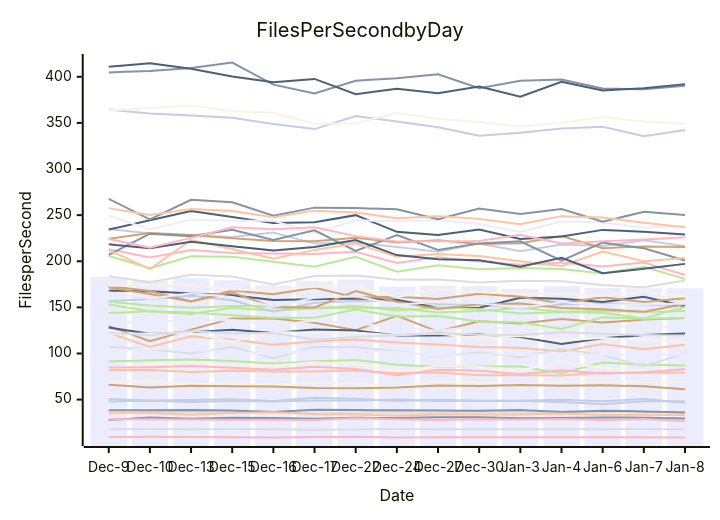
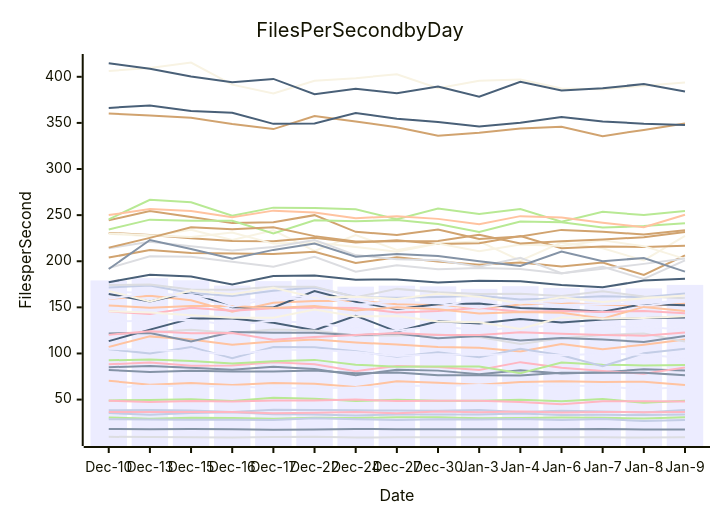
One commit to streetsidesoftware/cspell changed the diagram in perf-report.md. Above: the diagram before and after it, drawn with Mermaid. The commit also changed other lines of this file and 1 other file, not shown here.

````diff
--- a/perf-report.md
+++ b/perf-report.md
@@ -10,57 +10,57 @@
 ```mermaid
 xychart-beta
     title Files Per Second by Day
     y-axis Files per Second
-    x-axis Date [Dec-9, Dec-10, Dec-13, Dec-15, Dec-16, Dec-17, Dec-22, Dec-24, Dec-27, Dec-30, Jan-3, Jan-4, Jan-6, Jan-7, Jan-8]
-    bar [182.95, 179.19, 181.65, 179.36, 173.64, 178.43, 180.09, 172.48, 173.54, 172.79, 170.07, 172.98, 171.06, 170.63, 170.60]
-    line [27.90, 30.55, 29.22, 30.21, 30.10, 29.27, 30.24, 30.04, 30.99, 30.88, 29.79, 30.12, 30.58, 30.44, 29.43]
-    line [122.48, 107.06, 118.54, 115.18, 109.59, 113.00, 115.03, 111.88, 109.68, 107.07, 106.25, 102.14, 110.16, 104.65, 109.58]
-    line [34.90, 36.59, 36.61, 36.51, 36.62, 35.07, 35.79, 36.55, 35.09, 36.98, 36.38, 37.08, 36.07, 36.65, 36.34]
-    line [91.43, 92.60, 93.37, 91.85, 89.18, 91.59, 93.06, 87.76, 85.72, 85.81, 85.78, 78.64, 90.27, 87.90, 87.06]
-    line [129.58, 113.42, 125.88, 138.00, 137.98, 133.31, 125.20, 140.89, 123.76, 134.99, 132.64, 137.41, 133.47, 136.71, 138.45]
-    line [234.86, 230.17, 228.31, 226.27, 231.21, 219.13, 220.31, 215.56, 210.39, 219.17, 210.98, 218.13, 216.47, 222.63, 216.37]
-    line [9.47, 9.61, 9.47, 9.27, 8.94, 9.45, 9.78, 8.90, 9.07, 9.12, 9.16, 9.11, 9.12, 9.14, 8.90]
-    line [128.11, 121.50, 122.96, 125.85, 122.14, 126.07, 124.95, 119.60, 119.43, 120.64, 117.82, 110.33, 116.53, 120.08, 121.77]
-    line [82.46, 88.30, 90.18, 86.83, 87.07, 90.37, 88.26, 80.81, 86.47, 85.34, 82.22, 90.61, 84.54, 80.98, 78.06]
-    line [132.66, 134.27, 135.78, 136.38, 130.55, 135.39, 132.89, 127.54, 124.61, 130.19, 124.72, 128.97, 129.63, 129.57, 128.75]
-    line [38.36, 38.36, 38.81, 38.12, 36.63, 38.97, 38.70, 38.32, 38.26, 37.85, 38.77, 36.54, 38.02, 37.20, 35.97]
-    line [82.06, 81.96, 79.96, 81.37, 80.53, 80.51, 81.49, 78.49, 79.44, 76.50, 76.34, 76.08, 79.03, 79.23, 79.24]
-    line [17.89, 18.13, 17.78, 18.13, 17.93, 17.37, 17.53, 18.08, 17.97, 17.93, 17.83, 17.83, 17.89, 18.19, 17.48]
-    line [153.13, 145.78, 142.78, 149.53, 146.32, 148.93, 149.89, 149.32, 144.39, 145.93, 149.70, 145.36, 146.19, 145.02, 146.18]
-    line [224.38, 230.73, 228.56, 225.00, 222.02, 221.71, 225.51, 220.33, 222.69, 218.79, 219.63, 227.40, 214.16, 216.11, 215.58]
-    line [156.72, 159.18, 162.67, 157.64, 145.39, 155.01, 156.77, 157.19, 153.46, 153.21, 148.91, 153.20, 154.41, 153.05, 151.33]
-    line [84.79, 85.17, 86.33, 84.51, 82.32, 85.67, 83.25, 76.44, 82.43, 81.41, 77.52, 81.68, 78.20, 79.53, 83.01]
-    line [234.36, 244.44, 254.37, 247.88, 241.35, 242.19, 249.98, 231.90, 228.38, 234.40, 224.05, 226.75, 234.01, 231.87, 229.00]
-    line [68.69, 70.43, 66.11, 67.91, 65.71, 68.06, 67.11, 63.78, 69.83, 68.15, 65.99, 69.11, 69.77, 69.09, 69.36]
-    line [174.62, 171.51, 173.65, 165.49, 162.20, 168.07, 171.52, 161.55, 160.38, 161.25, 162.72, 158.59, 160.02, 162.06, 161.10]
-    line [404.78, 406.35, 409.54, 415.50, 391.53, 381.89, 395.71, 398.52, 402.79, 387.60, 395.60, 397.05, 387.31, 386.47, 390.16]
-    line [36.33, 35.41, 33.56, 35.56, 36.21, 34.19, 33.89, 32.69, 33.95, 33.78, 33.96, 34.86, 33.41, 33.47, 33.19]
-    line [183.86, 177.29, 185.44, 183.45, 174.84, 184.02, 184.52, 180.06, 180.25, 176.99, 178.92, 178.38, 174.22, 171.75, 179.11]
-    line [205.78, 192.58, 205.45, 204.82, 199.34, 194.10, 204.78, 188.75, 195.62, 191.45, 192.64, 191.68, 186.85, 193.93, 180.85]
-    line [66.15, 63.18, 64.91, 64.35, 64.10, 62.51, 62.39, 63.01, 65.26, 64.66, 65.89, 65.11, 65.47, 64.47, 61.13]
-    line [364.44, 360.18, 358.05, 355.49, 348.84, 343.31, 357.38, 351.53, 345.39, 336.17, 339.40, 343.93, 345.83, 335.66, 342.43]
-    line [213.14, 203.97, 212.22, 208.88, 208.37, 207.77, 210.28, 198.12, 204.40, 199.78, 196.30, 198.61, 194.45, 198.60, 185.12]
-    line [168.12, 167.40, 165.15, 163.12, 158.04, 158.90, 159.56, 158.26, 149.38, 149.63, 160.44, 159.38, 155.94, 161.49, 151.30]
-    line [120.76, 121.79, 122.20, 112.97, 123.23, 122.39, 122.57, 119.82, 121.66, 116.64, 119.03, 114.16, 116.74, 115.06, 112.51]
-    line [249.46, 234.43, 245.12, 243.88, 243.97, 230.01, 244.43, 243.32, 244.74, 240.28, 231.82, 243.15, 242.35, 236.52, 238.12]
-    line [206.87, 229.87, 227.19, 234.07, 222.96, 233.49, 211.10, 228.39, 212.27, 219.38, 221.60, 200.66, 220.18, 213.99, 200.90]
-    line [212.06, 191.55, 223.01, 213.39, 202.82, 212.32, 219.19, 204.86, 207.97, 205.76, 199.93, 194.96, 210.48, 200.08, 203.53]
-    line [107.21, 104.66, 100.11, 107.13, 94.87, 107.05, 106.83, 102.33, 96.35, 101.39, 95.92, 105.11, 98.16, 86.10, 100.14]
-    line [156.25, 152.15, 149.54, 151.43, 151.38, 149.35, 151.56, 146.50, 150.10, 148.04, 143.32, 145.06, 144.14, 137.83, 150.50]
-    line [171.54, 164.38, 156.51, 166.27, 150.03, 149.99, 167.61, 155.99, 148.15, 153.37, 154.17, 149.42, 147.86, 145.38, 153.63]
-    line [47.97, 48.84, 47.30, 48.59, 47.94, 49.07, 48.96, 49.98, 48.46, 48.82, 48.74, 47.38, 44.97, 48.20, 48.28]
-    line [28.75, 28.65, 28.35, 28.26, 28.09, 27.81, 29.86, 28.77, 27.94, 28.71, 28.29, 28.89, 27.76, 28.93, 26.82]
-    line [218.34, 214.11, 221.23, 216.34, 211.66, 215.40, 222.98, 206.68, 202.06, 201.20, 194.13, 203.79, 186.99, 191.85, 197.16]
-    line [363.46, 366.29, 369.00, 363.03, 361.09, 348.96, 349.43, 360.81, 354.60, 350.95, 345.98, 350.21, 356.35, 351.62, 349.11]
-    line [102.69, 105.10, 103.83, 102.19, 98.64, 104.01, 104.04, 101.53, 97.16, 99.08, 98.33, 99.60, 97.96, 99.84, 98.62]
-    line [267.60, 245.47, 266.55, 263.96, 249.42, 258.13, 257.62, 256.30, 245.45, 257.10, 251.12, 256.72, 242.84, 253.62, 250.11]
-    line [257.60, 250.13, 256.58, 254.55, 247.67, 254.88, 252.93, 246.70, 248.73, 245.95, 240.13, 248.92, 247.35, 241.85, 236.85]
-    line [122.14, 120.17, 124.20, 121.82, 122.30, 114.99, 117.98, 119.98, 122.26, 120.11, 120.07, 122.96, 121.36, 120.04, 119.36]
-    line [143.82, 145.78, 144.45, 141.51, 138.80, 138.75, 147.65, 140.01, 140.67, 134.58, 133.84, 126.46, 139.31, 137.59, 138.48]
-    line [172.82, 167.78, 156.48, 168.20, 164.35, 171.17, 160.66, 161.47, 159.18, 164.75, 161.43, 154.09, 160.97, 155.89, 159.83]
-    line [50.73, 49.15, 49.54, 50.29, 48.39, 51.90, 50.84, 48.41, 49.94, 48.88, 48.70, 49.88, 48.16, 50.54, 46.59]
-    line [224.19, 214.79, 225.36, 236.86, 234.70, 236.77, 227.25, 221.39, 221.64, 222.00, 228.77, 219.30, 221.68, 223.62, 226.04]
-    line [410.80, 414.80, 408.65, 400.36, 394.11, 397.72, 381.16, 387.10, 382.18, 389.40, 378.43, 394.66, 385.25, 387.67, 392.05]
-    line [173.41, 174.24, 174.74, 169.36, 169.15, 172.44, 172.46, 160.97, 170.04, 166.42, 164.47, 164.70, 162.35, 167.49, 161.75]
-    line [166.00, 159.37, 165.42, 161.29, 150.68, 160.30, 162.32, 152.82, 156.10, 154.49, 149.59, 155.51, 152.61, 153.69, 153.81]
+    x-axis Date [Dec-10, Dec-13, Dec-15, Dec-16, Dec-17, Dec-22, Dec-24, Dec-27, Dec-30, Jan-3, Jan-4, Jan-6, Jan-7, Jan-8, Jan-9]
+    bar [179.19, 181.65, 179.36, 173.64, 178.43, 180.09, 172.48, 173.54, 172.79, 170.07, 172.98, 171.06, 170.63, 170.60, 174.36]
+    line [85.17, 86.33, 84.51, 82.32, 85.67, 83.25, 76.44, 82.43, 81.41, 77.52, 81.68, 78.20, 79.53, 83.01, 81.62]
+    line [107.06, 118.54, 115.18, 109.59, 113.00, 115.03, 111.88, 109.68, 107.07, 106.25, 102.14, 110.16, 104.65, 109.58, 115.11]
+    line [9.61, 9.47, 9.27, 8.94, 9.45, 9.78, 8.90, 9.07, 9.12, 9.16, 9.11, 9.12, 9.14, 8.90, 9.21]
+    line [30.55, 29.22, 30.21, 30.10, 29.27, 30.24, 30.04, 30.99, 30.88, 29.79, 30.12, 30.58, 30.44, 29.43, 30.82]
+    line [244.44, 254.37, 247.88, 241.35, 242.19, 249.98, 231.90, 228.38, 234.40, 224.05, 226.75, 234.01, 231.87, 229.00, 233.60]
+    line [35.41, 33.56, 35.56, 36.21, 34.19, 33.89, 32.69, 33.95, 33.78, 33.96, 34.86, 33.41, 33.47, 33.19, 33.82]
+    line [88.30, 90.18, 86.83, 87.07, 90.37, 88.26, 80.81, 86.47, 85.34, 82.22, 90.61, 84.54, 80.98, 78.06, 84.72]
+    line [113.42, 125.88, 138.00, 137.98, 133.31, 125.20, 140.89, 123.76, 134.99, 132.64, 137.41, 133.47, 136.71, 138.45, 138.88]
+    line [229.87, 227.19, 234.07, 222.96, 233.49, 211.10, 228.39, 212.27, 219.38, 221.60, 200.66, 220.18, 213.99, 200.90, 227.46]
+    line [134.27, 135.78, 136.38, 130.55, 135.39, 132.89, 127.54, 124.61, 130.19, 124.72, 128.97, 129.63, 129.57, 128.75, 125.98]
+    line [18.13, 17.78, 18.13, 17.93, 17.37, 17.53, 18.08, 17.97, 17.93, 17.83, 17.83, 17.89, 18.19, 17.48, 17.44]
+    line [159.18, 162.67, 157.64, 145.39, 155.01, 156.77, 157.19, 153.46, 153.21, 148.91, 153.20, 154.41, 153.05, 151.33, 153.98]
+    line [192.58, 205.45, 204.82, 199.34, 194.10, 204.78, 188.75, 195.62, 191.45, 192.64, 191.68, 186.85, 193.93, 180.85, 201.04]
+    line [234.43, 245.12, 243.88, 243.97, 230.01, 244.43, 243.32, 244.74, 240.28, 231.82, 243.15, 242.35, 236.52, 238.12, 241.19]
+    line [203.97, 212.22, 208.88, 208.37, 207.77, 210.28, 198.12, 204.40, 199.78, 196.30, 198.61, 194.45, 198.60, 185.12, 206.27]
+    line [38.36, 38.81, 38.12, 36.63, 38.97, 38.70, 38.32, 38.26, 37.85, 38.77, 36.54, 38.02, 37.20, 35.97, 38.77]
+    line [36.59, 36.61, 36.51, 36.62, 35.07, 35.79, 36.55, 35.09, 36.98, 36.38, 37.08, 36.07, 36.65, 36.34, 36.49]
+    line [164.38, 156.51, 166.27, 150.03, 149.99, 167.61, 155.99, 148.15, 153.37, 154.17, 149.42, 147.86, 145.38, 153.63, 152.37]
+    line [406.35, 409.54, 415.50, 391.53, 381.89, 395.71, 398.52, 402.79, 387.60, 395.60, 397.05, 387.31, 386.47, 390.16, 393.74]
+    line [167.40, 165.15, 163.12, 158.04, 158.90, 159.56, 158.26, 149.38, 149.63, 160.44, 159.38, 155.94, 161.49, 151.30, 157.09]
+    line [81.96, 79.96, 81.37, 80.53, 80.51, 81.49, 78.49, 79.44, 76.50, 76.34, 76.08, 79.03, 79.23, 79.24, 76.50]
+    line [70.43, 66.11, 67.91, 65.71, 68.06, 67.11, 63.78, 69.83, 68.15, 65.99, 69.11, 69.77, 69.09, 69.36, 65.84]
+    line [121.50, 122.96, 125.85, 122.14, 126.07, 124.95, 119.60, 119.43, 120.64, 117.82, 110.33, 116.53, 120.08, 121.77, 112.94]
+    line [92.60, 93.37, 91.85, 89.18, 91.59, 93.06, 87.76, 85.72, 85.81, 85.78, 78.64, 90.27, 87.90, 87.06, 87.60]
+    line [230.73, 228.56, 225.00, 222.02, 221.71, 225.51, 220.33, 222.69, 218.79, 219.63, 227.40, 214.16, 216.11, 215.58, 216.92]
+    line [171.51, 173.65, 165.49, 162.20, 168.07, 171.52, 161.55, 160.38, 161.25, 162.72, 158.59, 160.02, 162.06, 161.10, 164.91]
+    line [145.78, 142.78, 149.53, 146.32, 148.93, 149.89, 149.32, 144.39, 145.93, 149.70, 145.36, 146.19, 145.02, 146.18, 143.49]
+    line [177.29, 185.44, 183.45, 174.84, 184.02, 184.52, 180.06, 180.25, 176.99, 178.92, 178.38, 174.22, 171.75, 179.11, 181.04]
+    line [230.17, 228.31, 226.27, 231.21, 219.13, 220.31, 215.56, 210.39, 219.17, 210.98, 218.13, 216.47, 222.63, 216.37, 202.60]
+    line [63.18, 64.91, 64.35, 64.10, 62.51, 62.39, 63.01, 65.26, 64.66, 65.89, 65.11, 65.47, 64.47, 61.13, 63.67]
+    line [121.79, 122.20, 112.97, 123.23, 122.39, 122.57, 119.82, 121.66, 116.64, 119.03, 114.16, 116.74, 115.06, 112.51, 118.83]
+    line [152.15, 149.54, 151.43, 151.38, 149.35, 151.56, 146.50, 150.10, 148.04, 143.32, 145.06, 144.14, 137.83, 150.50, 146.15]
+    line [214.11, 221.23, 216.34, 211.66, 215.40, 222.98, 206.68, 202.06, 201.20, 194.13, 203.79, 186.99, 191.85, 197.16, 203.10]
+    line [245.47, 266.55, 263.96, 249.42, 258.13, 257.62, 256.30, 245.45, 257.10, 251.12, 256.72, 242.84, 253.62, 250.11, 254.55]
+    line [360.18, 358.05, 355.49, 348.84, 343.31, 357.38, 351.53, 345.39, 336.17, 339.40, 343.93, 345.83, 335.66, 342.43, 349.42]
+    line [104.66, 100.11, 107.13, 94.87, 107.05, 106.83, 102.33, 96.35, 101.39, 95.92, 105.11, 98.16, 86.10, 100.14, 105.08]
+    line [120.17, 124.20, 121.82, 122.30, 114.99, 117.98, 119.98, 122.26, 120.11, 120.07, 122.96, 121.36, 120.04, 119.36, 122.67]
+    line [366.29, 369.00, 363.03, 361.09, 348.96, 349.43, 360.81, 354.60, 350.95, 345.98, 350.21, 356.35, 351.62, 349.11, 347.65]
+    line [145.78, 144.45, 141.51, 138.80, 138.75, 147.65, 140.01, 140.67, 134.58, 133.84, 126.46, 139.31, 137.59, 138.48, 140.31]
+    line [105.10, 103.83, 102.19, 98.64, 104.01, 104.04, 101.53, 97.16, 99.08, 98.33, 99.60, 97.96, 99.84, 98.62, 95.10]
+    line [191.55, 223.01, 213.39, 202.82, 212.32, 219.19, 204.86, 207.97, 205.76, 199.93, 194.96, 210.48, 200.08, 203.53, 188.73]
+    line [250.13, 256.58, 254.55, 247.67, 254.88, 252.93, 246.70, 248.73, 245.95, 240.13, 248.92, 247.35, 241.85, 236.85, 250.47]
+    line [174.24, 174.74, 169.36, 169.15, 172.44, 172.46, 160.97, 170.04, 166.42, 164.47, 164.70, 162.35, 167.49, 161.75, 159.91]
+    line [49.15, 49.54, 50.29, 48.39, 51.90, 50.84, 48.41, 49.94, 48.88, 48.70, 49.88, 48.16, 50.54, 46.59, 48.81]
+    line [214.79, 225.36, 236.86, 234.70, 236.77, 227.25, 221.39, 221.64, 222.00, 228.77, 219.30, 221.68, 223.62, 226.04, 231.74]
+    line [28.65, 28.35, 28.26, 28.09, 27.81, 29.86, 28.77, 27.94, 28.71, 28.29, 28.89, 27.76, 28.93, 26.82, 27.98]
+    line [48.84, 47.30, 48.59, 47.94, 49.07, 48.96, 49.98, 48.46, 48.82, 48.74, 47.38, 44.97, 48.20, 48.28, 47.88]
+    line [414.80, 408.65, 400.36, 394.11, 397.72, 381.16, 387.10, 382.18, 389.40, 378.43, 394.66, 385.25, 387.67, 392.05, 384.01]
+    line [167.78, 156.48, 168.20, 164.35, 171.17, 160.66, 161.47, 159.18, 164.75, 161.43, 154.09, 160.97, 155.89, 159.83, 162.81]
+    line [159.37, 165.42, 161.29, 150.68, 160.30, 162.32, 152.82, 156.10, 154.49, 149.59, 155.51, 152.61, 153.69, 153.81, 158.28]
 ```
````
